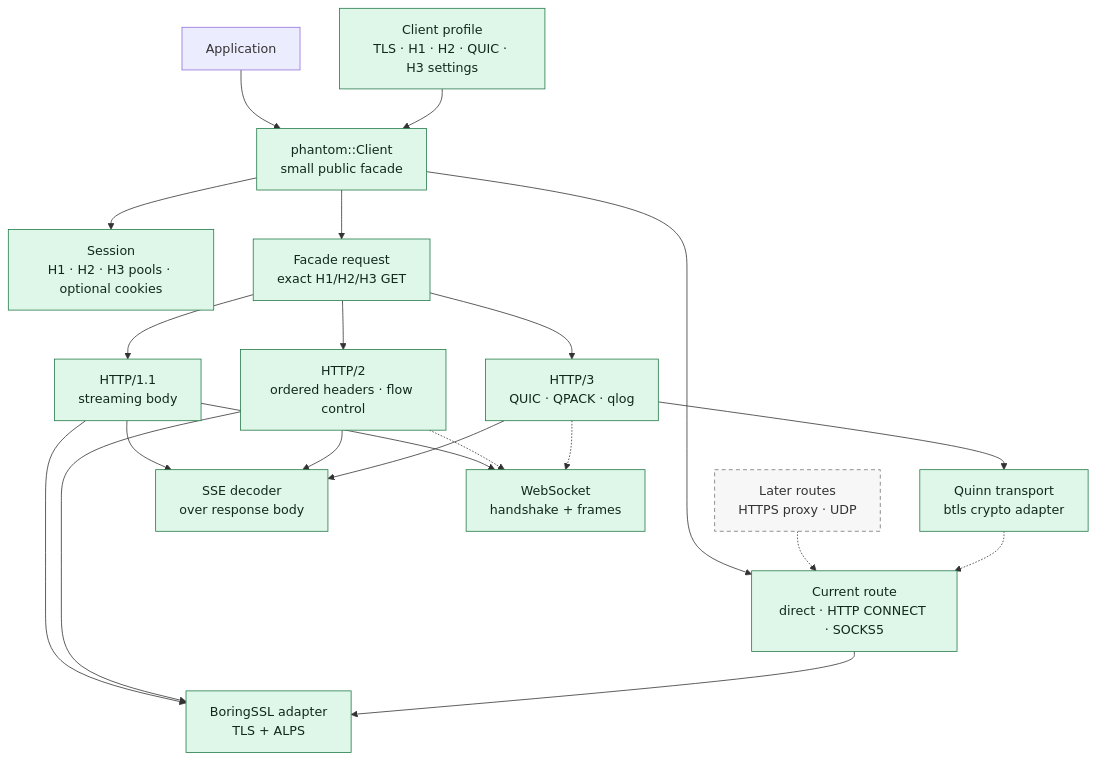
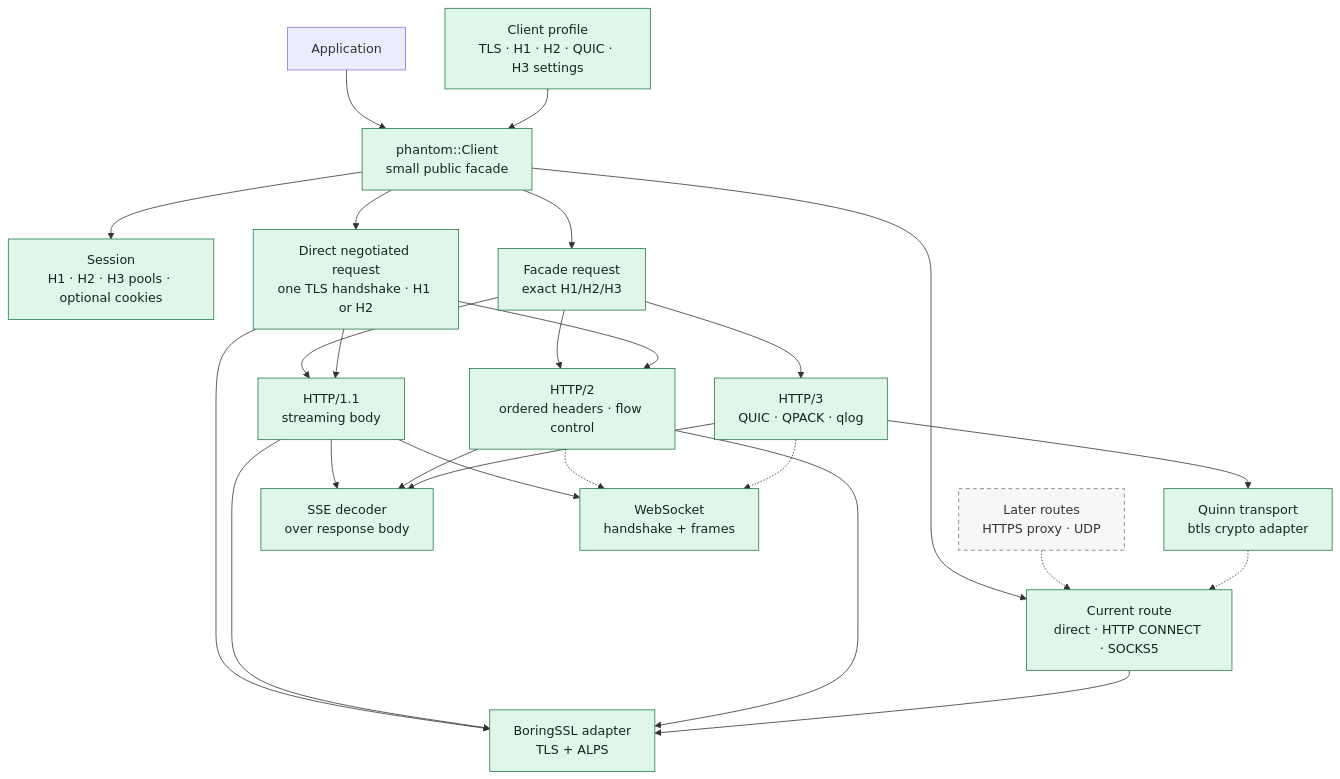
The first of 4 diagrams in docs/architecture.md (bywayhq/phantom), drawn with Mermaid before and after one commit. The commit also changed other lines of this file and 19 other files, not shown here.

````diff
--- a/docs/architecture.md
+++ b/docs/architecture.md
@@ -23,44 +23,49 @@
 ```mermaid
 flowchart TB
     User[Application]
     Client["phantom::Client<br/>small public facade"]
     Session["Session<br/>H1 · H2 · H3 pools · optional cookies"]
     Profile["Client profile<br/>TLS · H1 · H2 · QUIC · H3 settings"]
     Route["Current route<br/>direct · HTTP CONNECT · SOCKS5"]
     FutureRoute["Later routes<br/>HTTPS proxy · UDP"]
-    FacadeRequest["Facade request<br/>exact H1/H2/H3 GET"]
+    FacadeRequest["Facade request<br/>exact H1/H2/H3"]
+    NegotiatedRequest["Direct negotiated request<br/>one TLS handshake · H1 or H2"]
 
     H1["HTTP/1.1<br/>streaming body"]
     H2["HTTP/2<br/>ordered headers · flow control"]
     H3["HTTP/3<br/>QUIC · QPACK · qlog"]
     TLS["BoringSSL adapter<br/>TLS + ALPS"]
     QUIC["Quinn transport<br/>btls crypto adapter"]
     SSE["SSE decoder<br/>over response body"]
     WS["WebSocket<br/>handshake + frames"]
 
     User --> Client
     Profile --> Client
     FacadeRequest --> H1
     FacadeRequest --> H2
     FacadeRequest --> H3
     Client --> Session
     Client --> Route
     FutureRoute -.-> Route
     Client --> FacadeRequest
+    Client --> NegotiatedRequest
+    NegotiatedRequest --> TLS
+    NegotiatedRequest --> H1
+    NegotiatedRequest --> H2
     H1 --> TLS
     H2 --> TLS
     H3 --> QUIC
     Route --> TLS
     QUIC -.-> Route
     H1 --> SSE
     H2 --> SSE
     H3 --> SSE
     H1 --> WS
     H2 -.-> WS
     H3 -.-> WS
 
     classDef current fill:#dff7e8,stroke:#237a49,color:#10291c
     classDef planned fill:#f7f7f7,stroke:#777,stroke-dasharray:5 4,color:#333
-    class Client,Session,Profile,Route,FacadeRequest,H1,H2,H3,TLS,QUIC,SSE,WS current
+    class Client,Session,Profile,Route,FacadeRequest,NegotiatedRequest,H1,H2,H3,TLS,QUIC,SSE,WS current
     class FutureRoute planned
 ```
````
